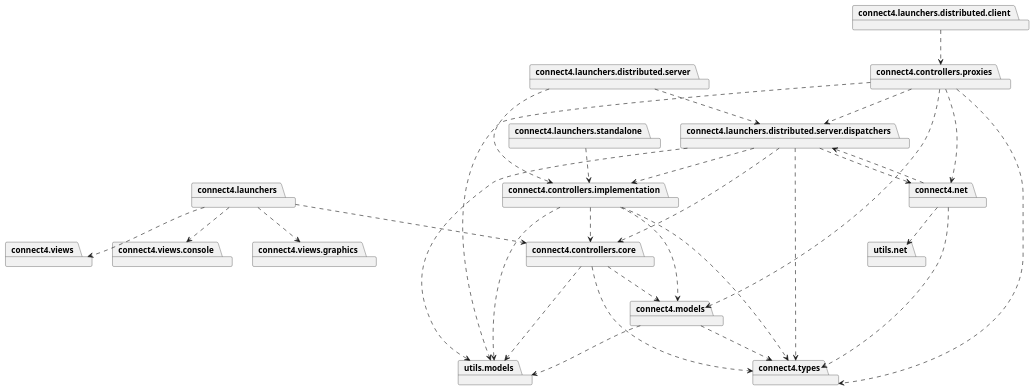
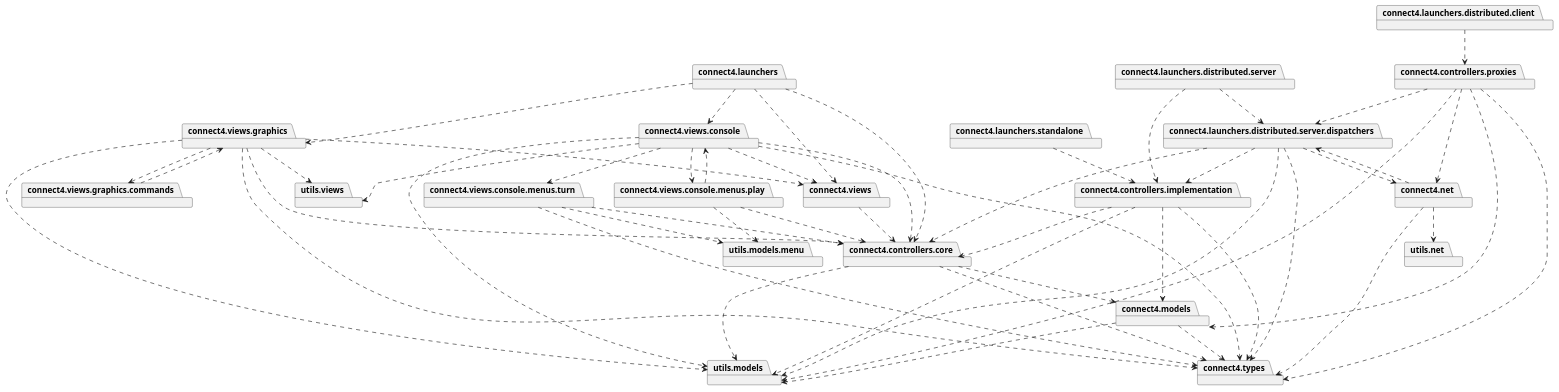
Before and after one commit to js-rom/connect4: the diagram in connect4/Docs/diagrams/src/packages/packageDiagramDistributed.plantuml, drawn with PlantUML.

Commit message:
docs: update package diagram #7

```diff
--- a/connect4/Docs/diagrams/src/packages/packageDiagramDistributed.plantuml
+++ b/connect4/Docs/diagrams/src/packages/packageDiagramDistributed.plantuml
@@ -1,62 +1,92 @@
 @startuml
 
 package connect4.launchers
 package connect4.controllers.core
 package connect4.views
 package connect4.views.console
 package connect4.views.graphics
 
 connect4.launchers ..> connect4.controllers.core
 connect4.launchers ..> connect4.views
 connect4.launchers ..> connect4.views.console
 connect4.launchers ..> connect4.views.graphics
 
 package connect4.launchers.standalone
 package connect4.controllers.implementation
 connect4.launchers.standalone ..> connect4.controllers.implementation
 
 package connect4.launchers.distributed.client
 package connect4.controllers.proxies
 connect4.launchers.distributed.client ..> connect4.controllers.proxies
 
 package connect4.launchers.distributed.server
 package connect4.launchers.distributed.server.dispatchers
 connect4.launchers.distributed.server ..> connect4.launchers.distributed.server.dispatchers
 connect4.launchers.distributed.server ..> connect4.controllers.implementation
 package connect4.types
 package utils.models
 package connect4.controllers.core
 connect4.launchers.distributed.server.dispatchers ..> connect4.controllers.implementation
 connect4.launchers.distributed.server.dispatchers ..> connect4.types
 connect4.launchers.distributed.server.dispatchers ..> utils.models
 connect4.launchers.distributed.server.dispatchers ..> connect4.controllers.core
 package connect4.net
 connect4.launchers.distributed.server.dispatchers ..> connect4.net
 
 package connect4.models
 connect4.models ..> connect4.types
 connect4.models ..> utils.models
 
 
 connect4.net ..> connect4.types
 connect4.net ..> connect4.launchers.distributed.server.dispatchers
 package utils.net
 connect4.net ..> utils.net
 
 package connect4.controllers.core
 connect4.controllers.core ..> connect4.types
 connect4.controllers.core ..> connect4.models
 connect4.controllers.core ..> utils.models
 
 connect4.controllers.implementation ..> connect4.controllers.core
 connect4.controllers.implementation ..> connect4.models
 connect4.controllers.implementation ..> connect4.types
 connect4.controllers.implementation ..> utils.models
 
 connect4.controllers.proxies ..> connect4.types
 connect4.controllers.proxies ..> connect4.net
 connect4.controllers.proxies ..> connect4.launchers.distributed.server.dispatchers
 connect4.controllers.proxies ..> utils.models
 connect4.controllers.proxies ..> connect4.models
 
+connect4.views ..> connect4.controllers.core
+connect4.views.console ..> connect4.controllers.core
+connect4.views.console ..> connect4.views
+connect4.views.console ..> utils.models
+package utils.views
+connect4.views.console ..> utils.views
+connect4.views.console ..> connect4.types
+package connect4.views.console.menus.play
+package connect4.views.console.menus.turn
+connect4.views.console ..> connect4.views.console.menus.play
+connect4.views.console ..> connect4.views.console.menus.turn
+connect4.views.console.menus.play ..> connect4.controllers.core
+connect4.views.console.menus.play ..> connect4.views.console
+package utils.models.menu
+connect4.views.console.menus.play ..> utils.models.menu
+connect4.views.console.menus.turn ..> connect4.controllers.core
+connect4.views.console.menus.turn ..> utils.models.menu
+connect4.views.console.menus.turn ..> connect4.types
+
+connect4.views.graphics ..> connect4.controllers.core
+connect4.views.graphics ..> connect4.types
+connect4.views.graphics ..> utils.models
+connect4.views.graphics ..> connect4.views
+connect4.views.graphics ..> utils.views
+package connect4.views.graphics.commands
+connect4.views.graphics ..> connect4.views.graphics.commands
+
+connect4.views.graphics.commands ..> connect4.views.graphics
+
+
 @enduml
```
